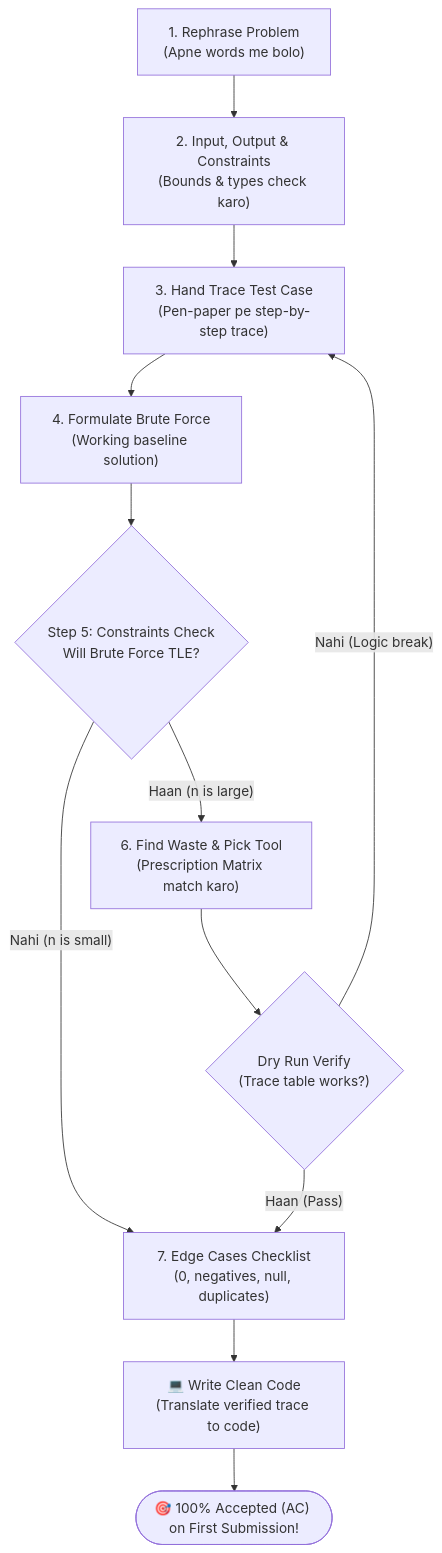
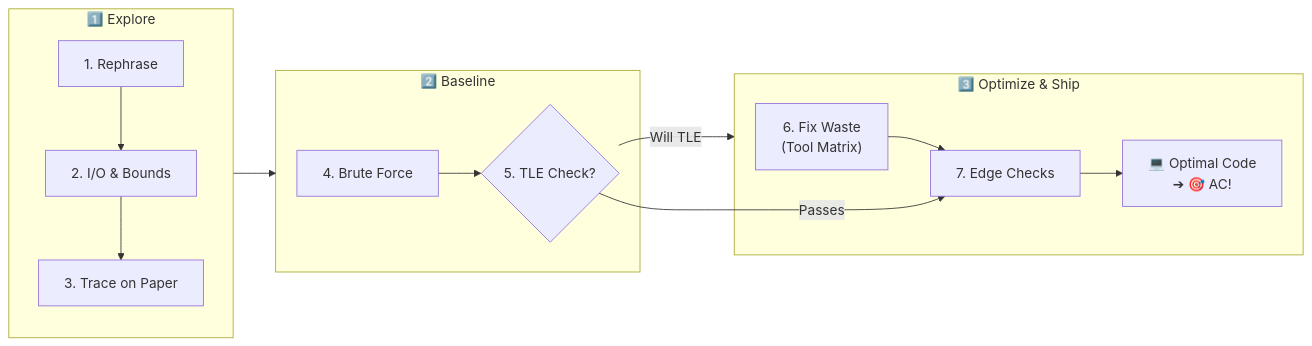
Before and after one commit to Kali-Prem/dsa-logic-building-playbook: the first of 11 diagrams in README.md, drawn with Mermaid. The commit also changed other lines of this file, not shown here.

Commit message:
optimize flowcharts to compact horizontal LR layout for GitHub

````diff
--- a/README.md
+++ b/README.md
@@ -143,17 +143,16 @@
 ```mermaid
-flowchart TD
-    S1["1. Rephrase Problem<br/>(Apne words me bolo)"] --> S2["2. Input, Output & Constraints<br/>(Bounds & types check karo)"]
-    S2 --> S3["3. Hand Trace Test Case<br/>(Pen-paper pe step-by-step trace)"]
-    S3 --> S4["4. Formulate Brute Force<br/>(Working baseline solution)"]
-    S4 --> S5{"Step 5: Constraints Check<br/>Will Brute Force TLE?"}
+flowchart LR
+    subgraph Phase1 ["1️⃣ Explore"]
+        S1["1. Rephrase"] --> S2["2. I/O & Bounds"] --> S3["3. Trace on Paper"]
+    end
+    subgraph Phase2 ["2️⃣ Baseline"]
+        S4["4. Brute Force"] --> S5{"5. TLE Check?"}
+    end
+    subgraph Phase3 ["3️⃣ Optimize & Ship"]
+        S6["6. Fix Waste<br/>(Tool Matrix)"] --> S7["7. Edge Checks"] --> Code["💻 Optimal Code<br/>➔ 🎯 AC!"]
+    end
     
-    S5 -->|"Nahi (n is small)"| S7["7. Edge Cases Checklist<br/>(0, negatives, null, duplicates)"]
-    S5 -->|"Haan (n is large)"| S6["6. Find Waste & Pick Tool<br/>(Prescription Matrix match karo)"]
-    
-    S6 --> DryRun{"Dry Run Verify<br/>(Trace table works?)"}
-    DryRun -->|"Nahi (Logic break)"| S3
-    DryRun -->|"Haan (Pass)"| S7
-    
-    S7 --> Code["💻 Write Clean Code<br/>(Translate verified trace to code)"]
-    Code --> Done(["🎯 100% Accepted (AC) on First Submission!"])
+    Phase1 --> Phase2
+    S5 -->|"Will TLE"| Phase3
+    S5 -->|"Passes"| S7
 ```
````
